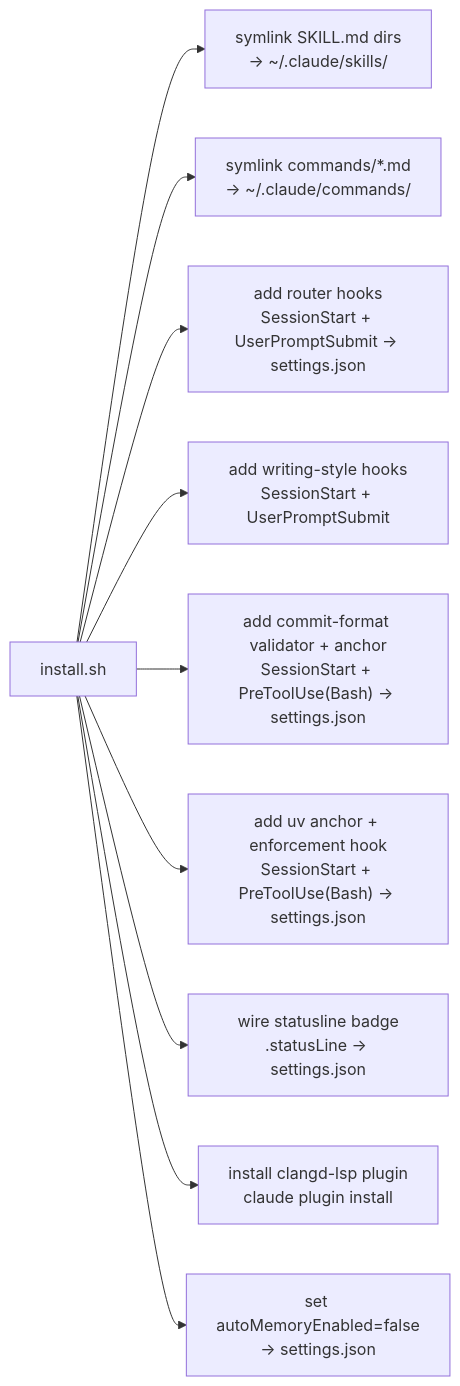
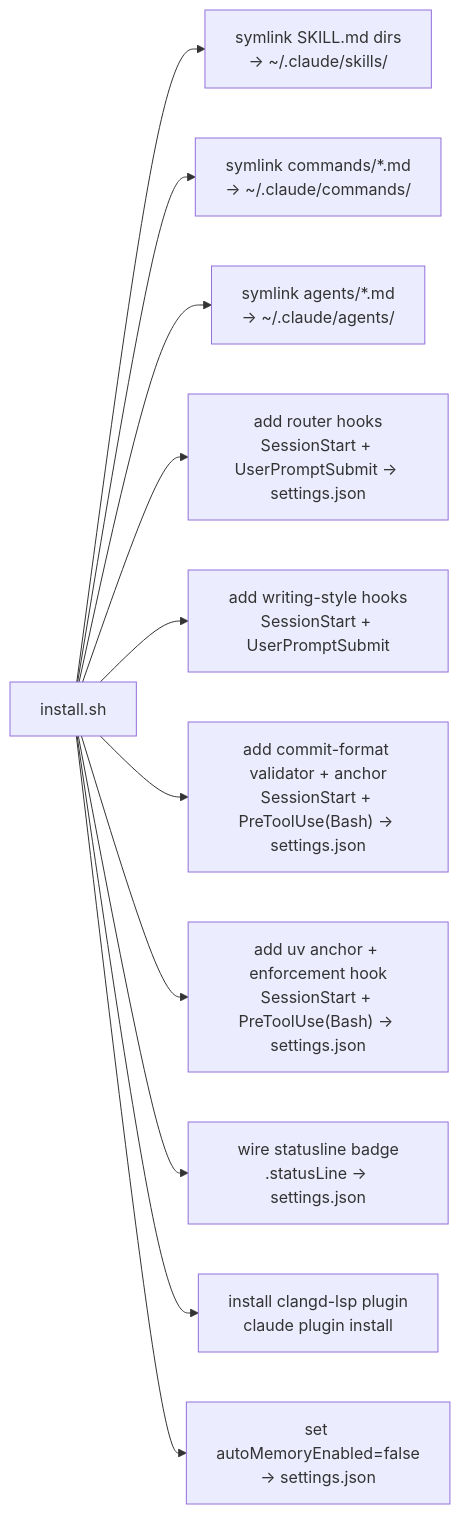
One commit to ubunish/nish-ai changed the first of 3 diagrams in README.md. Above: the diagram before and after it, drawn with Mermaid. The commit also changed other lines of this file, not shown here.

````diff
--- a/README.md
+++ b/README.md
@@ -91,12 +107,13 @@
 ```mermaid
 flowchart LR
     I["install.sh"] --> S["symlink SKILL.md dirs<br/>→ ~/.claude/skills/"]
     I --> C["symlink commands/*.md<br/>→ ~/.claude/commands/"]
+    I --> AG["symlink agents/*.md<br/>→ ~/.claude/agents/"]
     I --> HR["add router hooks<br/>SessionStart + UserPromptSubmit → settings.json"]
     I --> HS["add writing-style hooks<br/>SessionStart + UserPromptSubmit"]
     I --> HV["add commit-format validator + anchor<br/>SessionStart + PreToolUse(Bash) → settings.json"]
     I --> HU["add uv anchor + enforcement hook<br/>SessionStart + PreToolUse(Bash) → settings.json"]
     I --> SL["wire statusline badge<br/>.statusLine → settings.json"]
     I --> PL["install clangd-lsp plugin<br/>claude plugin install"]
     I --> M["set autoMemoryEnabled=false<br/>→ settings.json"]
 ```
````
